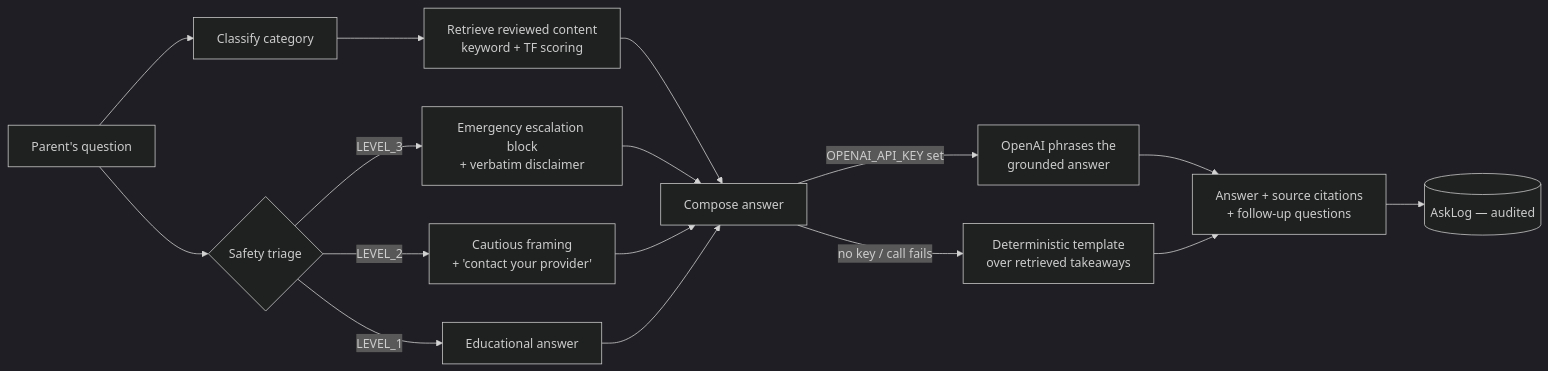
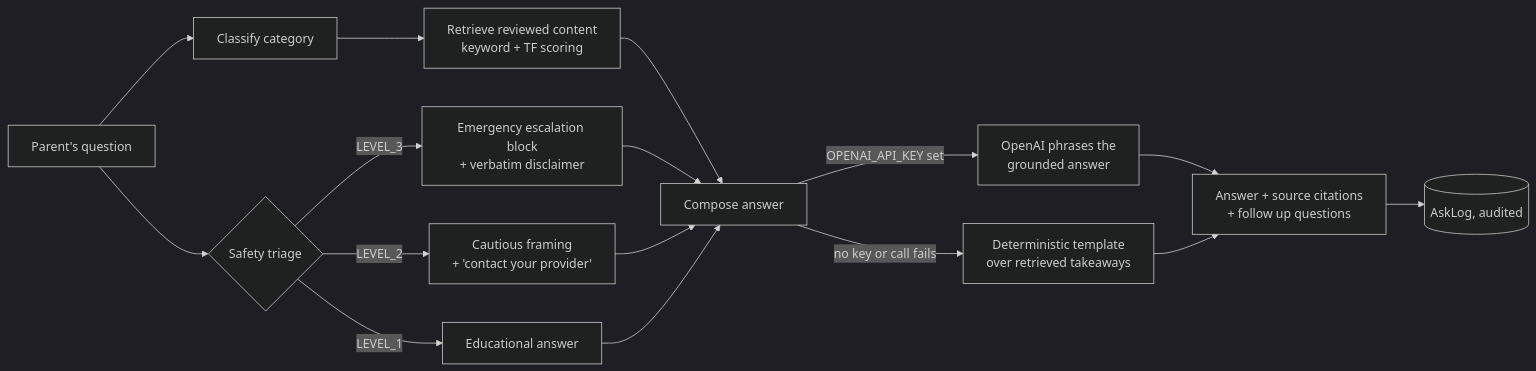
The second of 2 diagrams in README.md (ancypatel-21/NestWise), drawn with Mermaid (dark theme) before and after one commit. The commit also changed other lines of this file, not shown here.

````diff
--- a/README.md
+++ b/README.md
@@ -89,18 +94,18 @@
 ```mermaid
 flowchart LR
     Q[Parent's question] --> C[Classify category]
     Q --> S{Safety triage}
     C --> R[Retrieve reviewed content<br/>keyword + TF scoring]
     S -->|LEVEL_3| E[Emergency escalation block<br/>+ verbatim disclaimer]
     S -->|LEVEL_2| W[Cautious framing<br/>+ 'contact your provider']
     S -->|LEVEL_1| N[Educational answer]
     R --> G[Compose answer]
     E --> G
     W --> G
     N --> G
     G -->|OPENAI_API_KEY set| LLM[OpenAI phrases the<br/>grounded answer]
-    G -->|no key / call fails| DET[Deterministic template<br/>over retrieved takeaways]
-    LLM --> A[Answer + source citations<br/>+ follow‑up questions]
+    G -->|no key or call fails| DET[Deterministic template<br/>over retrieved takeaways]
+    LLM --> A[Answer + source citations<br/>+ follow up questions]
     DET --> A
-    A --> LOG[(AskLog — audited)]
+    A --> LOG[(AskLog, audited)]
 ```
````
